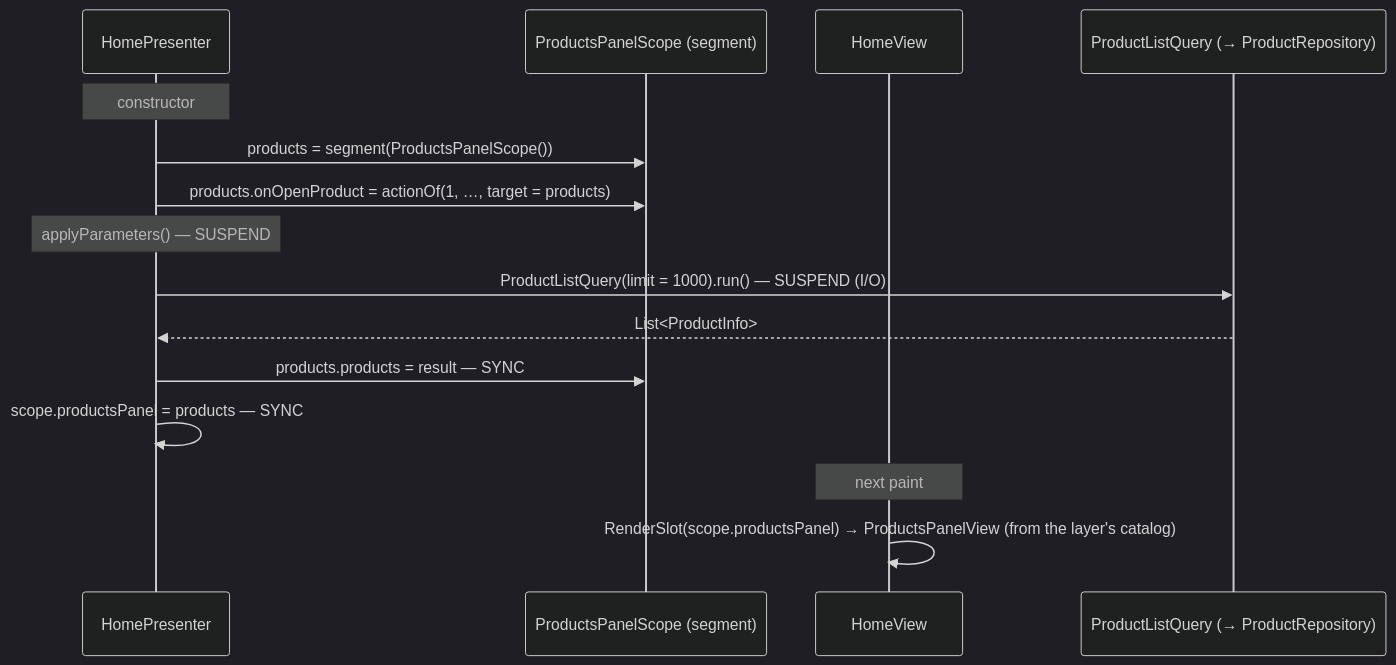
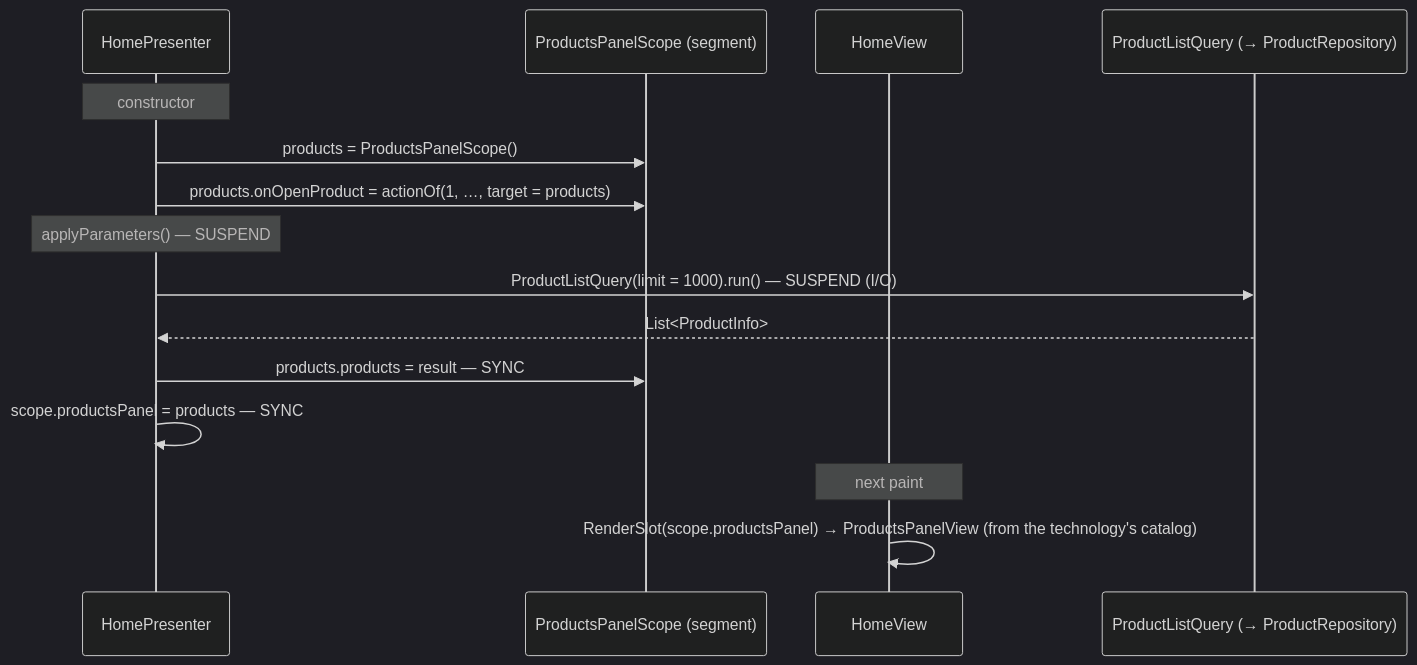
Before and after one commit to mrcdom/wdc-cube-kotlin: diagram 15 of 19 in docs/architecture-cube.md, drawn with Mermaid (dark theme). The commit also changed other lines of this file and 11 other files, not shown here.

````diff
--- a/docs/architecture-cube.md
+++ b/docs/architecture-cube.md
@@ -992,20 +991,20 @@
 ```mermaid
 sequenceDiagram
     participant Home as HomePresenter
     participant Seg as ProductsPanelScope (segment)
     participant View as HomeView
     participant Repo as ProductListQuery (→ ProductRepository)
 
     Note over Home: constructor
-    Home->>Seg: products = segment(ProductsPanelScope())
+    Home->>Seg: products = ProductsPanelScope()
     Home->>Seg: products.onOpenProduct = actionOf(1, …, target = products)
 
     Note over Home: applyParameters() — SUSPEND
     Home->>Repo: ProductListQuery(limit = 1000).run() — SUSPEND (I/O)
     Repo-->>Home: List<ProductInfo>
     Home->>Seg: products.products = result — SYNC
     Home->>Home: scope.productsPanel = products — SYNC
 
     Note over View: next paint
-    View->>View: RenderSlot(scope.productsPanel) → ProductsPanelView (from the layer's catalog)
+    View->>View: RenderSlot(scope.productsPanel) → ProductsPanelView (from the technology's catalog)
 ```
````
